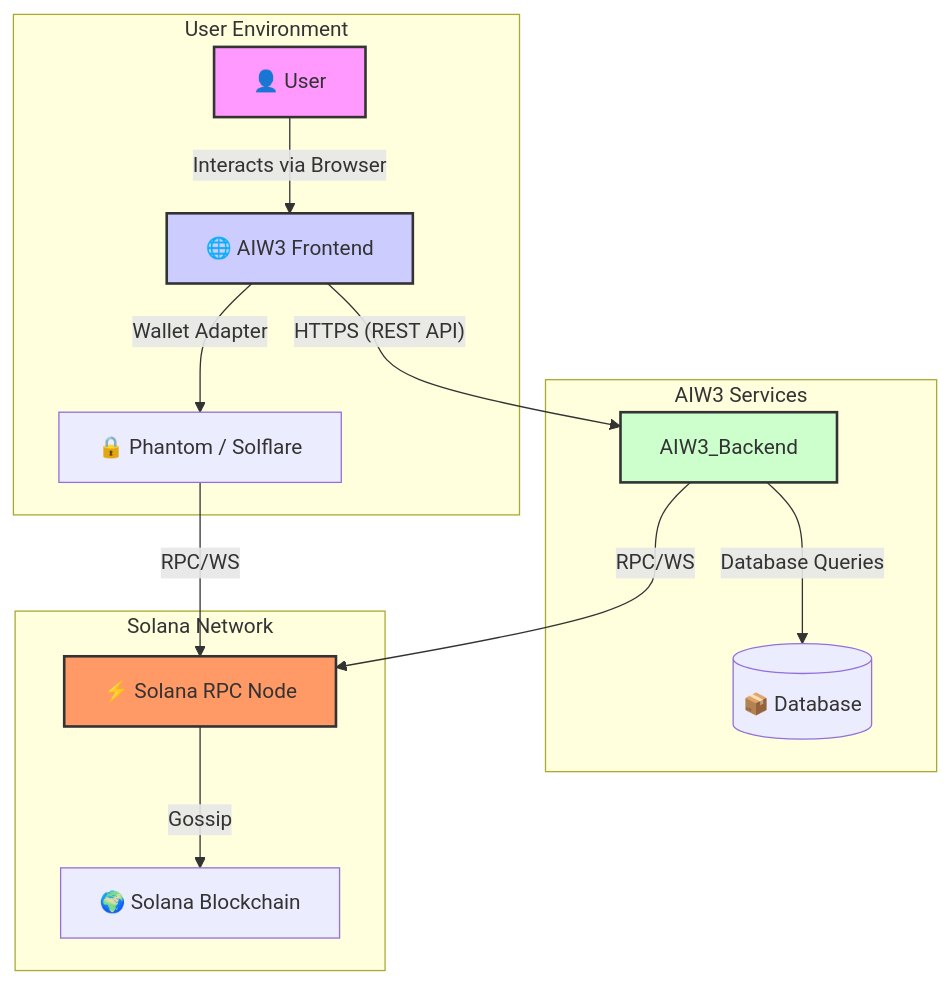
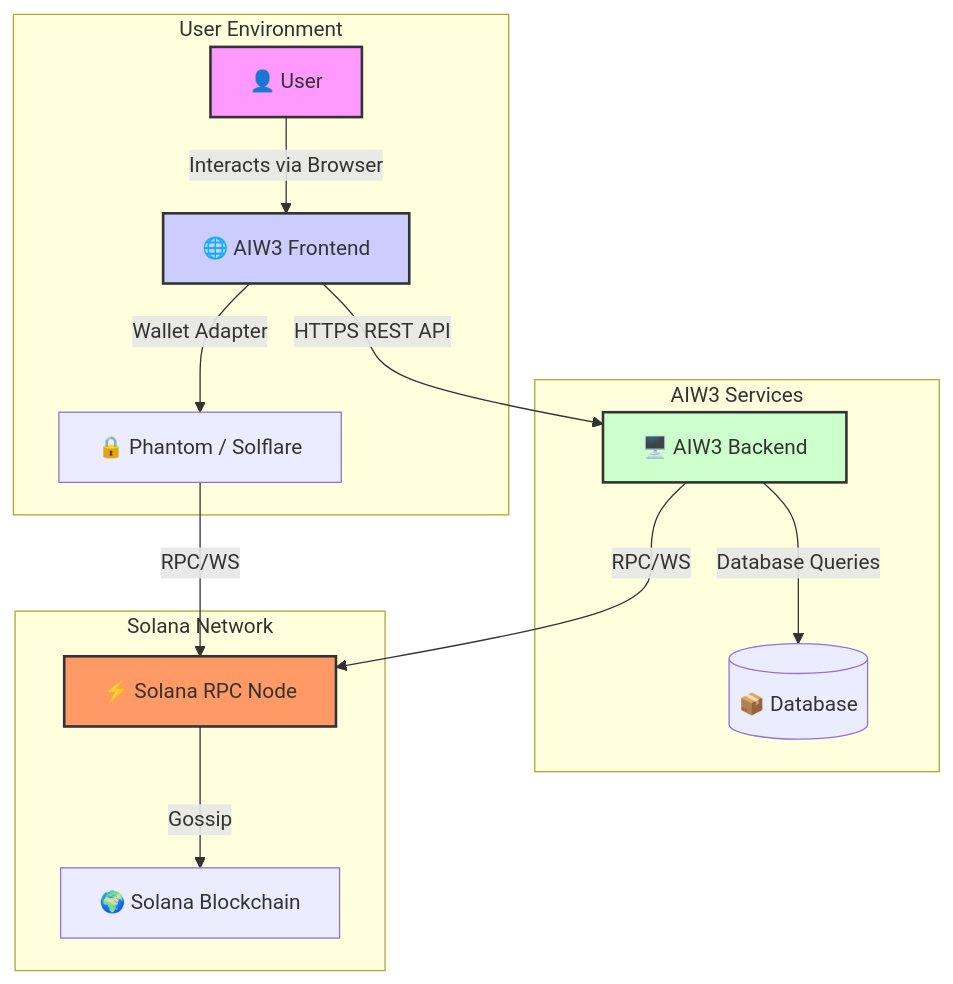
Before and after one commit to ljg-cqu/aiw3-nft-solana: the first of 3 diagrams in docs/Solana_NFT_Upgrade_and_Burn_Strategy.md, drawn with Mermaid. The commit also changed other lines of this file, not shown here.

Commit message:
docs: define backend requirements for NFT upgrade strategy

````diff
--- a/docs/Solana_NFT_Upgrade_and_Burn_Strategy.md
+++ b/docs/Solana_NFT_Upgrade_and_Burn_Strategy.md
@@ -260,23 +260,23 @@
 ```mermaid
 graph TD
-    subgraph User Environment
+    subgraph "User Environment"
         User[👤 User] -->|Interacts via Browser| Frontend[🌐 AIW3 Frontend]
         Frontend -->|Wallet Adapter| Wallet[🔒 Phantom / Solflare]
     end
 
-    subgraph AIW3 Services
-        Frontend -->|"HTTPS (REST API)"| AIW3_Backend
+    subgraph "AIW3 Services"
+        Frontend -->|HTTPS REST API| AIW3_Backend[🖥️ AIW3 Backend]
         AIW3_Backend -->|Database Queries| DB[(📦 Database)]
     end
 
-    subgraph Solana Network
+    subgraph "Solana Network"
         Wallet -->|RPC/WS| Solana_Node[⚡️ Solana RPC Node]
         AIW3_Backend -->|RPC/WS| Solana_Node
         Solana_Node -->|Gossip| Solana_Cluster[🌍 Solana Blockchain]
     end
 
     style User fill:#f9f,stroke:#333,stroke-width:2px
     style Frontend fill:#ccf,stroke:#333,stroke-width:2px
     style AIW3_Backend fill:#cfc,stroke:#333,stroke-width:2px
     style Solana_Node fill:#f96,stroke:#333,stroke-width:2px
 ```
````
